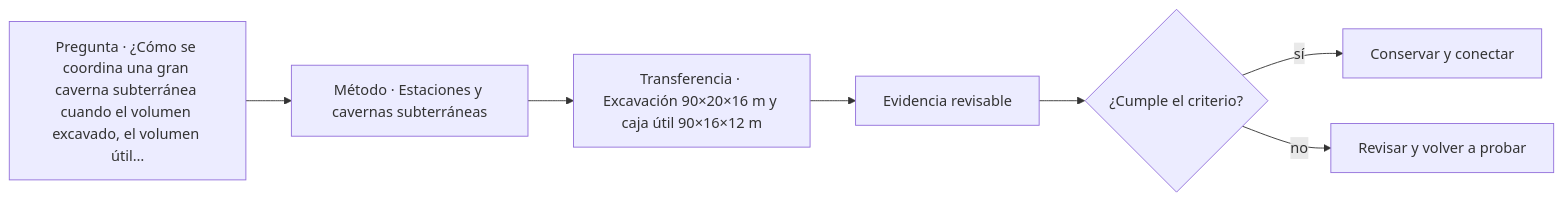
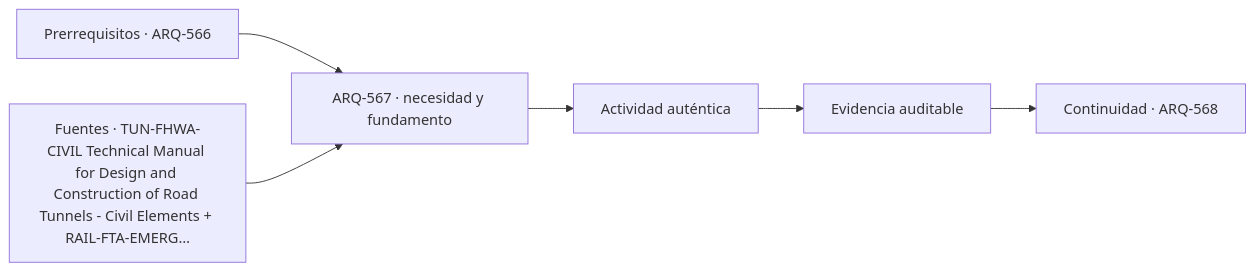
One commit to vladimiracunadev-create/architecture-built-environment-learning-program changed the diagram in classes/parte-57/ARQ-567.md. Above: the diagram before and after it, drawn with Mermaid. The commit also changed other lines of this file and 761 other files, not shown here.

````diff
--- a/classes/parte-57/ARQ-567.md
+++ b/classes/parte-57/ARQ-567.md
@@ -105,9 +117,8 @@
 ```mermaid
 flowchart LR
-    Q["Pregunta · ¿Cómo se coordina una gran caverna subterránea cuando el volumen excavado, el volumen útil…"] --> M["Método · Estaciones y cavernas subterráneas"]
-    M --> P["Transferencia · Excavación 90×20×16 m y caja útil 90×16×12 m"]
-    P --> E["Evidencia revisable"]
-    E --> C{"¿Cumple el criterio?"}
-    C -->|sí| T["Conservar y conectar"]
-    C -->|no| R["Revisar y volver a probar"]
+    A["Prerrequisitos · ARQ-566"] --> B["ARQ-567 · necesidad y fundamento"]
+    S["Fuentes · TUN-FHWA-CIVIL Technical Manual for Design and Construction of Road Tunnels - Civil Elements + RAIL-FTA-EMERG…"] --> B
+    B --> C["Actividad auténtica"]
+    C --> D["Evidencia auditable"]
+    D --> E["Continuidad · ARQ-568"]
 ```
````
